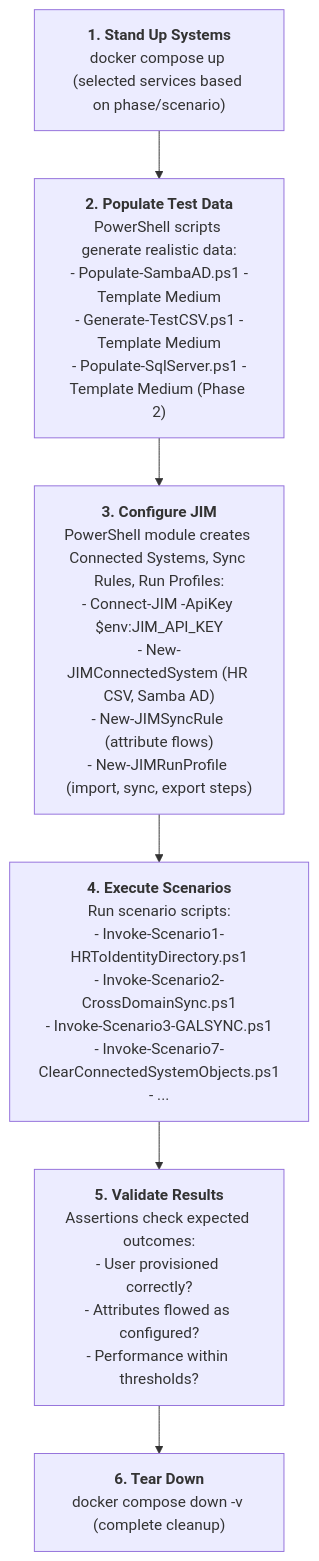
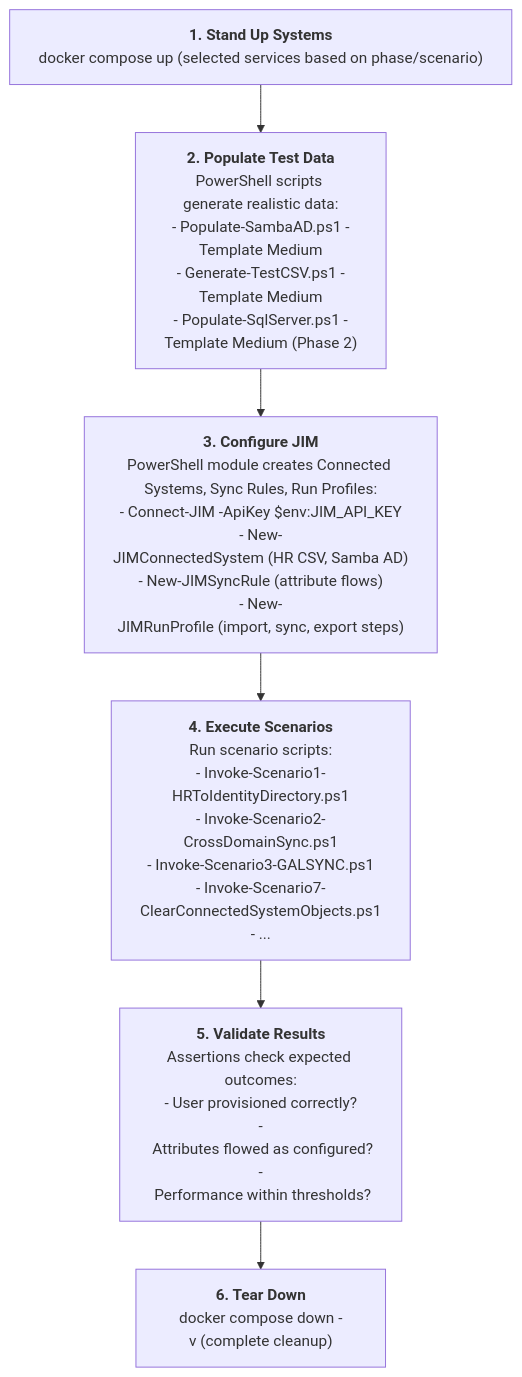
Before and after one commit to TetronIO/JIM: the fourth of 4 diagrams in engineering/INTEGRATION_TESTING.md, drawn with Mermaid. The commit also changed other lines of this file, not shown here.

````diff
--- a/engineering/INTEGRATION_TESTING.md
+++ b/engineering/INTEGRATION_TESTING.md
@@ -372,10 +383,10 @@
 ```mermaid
 flowchart TD
-    A["<b>1. Stand Up Systems</b><br/>docker compose up (selected services based on phase/scenario)"]
-    B["<b>2. Populate Test Data</b><br/>PowerShell scripts generate realistic data:<br/>- Populate-SambaAD.ps1 -Template Medium<br/>- Generate-TestCSV.ps1 -Template Medium<br/>- Populate-SqlServer.ps1 -Template Medium (Phase 2)"]
-    C["<b>3. Configure JIM</b><br/>PowerShell module creates Connected Systems, Sync Rules, Run Profiles:<br/>- Connect-JIM -ApiKey $env:JIM_API_KEY<br/>- New-JIMConnectedSystem (HR CSV, Samba AD)<br/>- New-JIMSyncRule (attribute flows)<br/>- New-JIMRunProfile (import, sync, export steps)"]
-    D["<b>4. Execute Scenarios</b><br/>Run scenario scripts:<br/>- Invoke-Scenario1-HRToIdentityDirectory.ps1<br/>- Invoke-Scenario2-CrossDomainSync.ps1<br/>- Invoke-Scenario3-GALSYNC.ps1<br/>- Invoke-Scenario7-ClearConnectedSystemObjects.ps1<br/>- ..."]
-    E["<b>5. Validate Results</b><br/>Assertions check expected outcomes:<br/>- User provisioned correctly?<br/>- Attributes flowed as configured?<br/>- Performance within thresholds?"]
-    F["<b>6. Tear Down</b><br/>docker compose down -v (complete cleanup)"]
+    A["<b>1. Stand Up Systems</b><br/>docker&nbsp;compose&nbsp;up&nbsp;(selected&nbsp;services&nbsp;based&nbsp;on&nbsp;phase/scenario)"]
+    B["<b>2. Populate Test Data</b><br/>PowerShell scripts generate realistic data:<br/>-&nbsp;Populate-SambaAD.ps1&nbsp;-Template&nbsp;Medium<br/>-&nbsp;Generate-TestCSV.ps1&nbsp;-Template&nbsp;Medium<br/>-&nbsp;Populate-SqlServer.ps1&nbsp;-Template&nbsp;Medium&nbsp;(Phase&nbsp;2)"]
+    C["<b>3. Configure JIM</b><br/>PowerShell module creates Connected Systems, Sync Rules, Run Profiles:<br/>-&nbsp;Connect-JIM&nbsp;-ApiKey&nbsp;$env:JIM_API_KEY<br/>-&nbsp;New-JIMConnectedSystem&nbsp;(HR&nbsp;CSV,&nbsp;Samba&nbsp;AD)<br/>-&nbsp;New-JIMSyncRule&nbsp;(attribute&nbsp;flows)<br/>-&nbsp;New-JIMRunProfile&nbsp;(import,&nbsp;sync,&nbsp;export&nbsp;steps)"]
+    D["<b>4. Execute Scenarios</b><br/>Run scenario scripts:<br/>-&nbsp;Invoke-Scenario1-HRToIdentityDirectory.ps1<br/>-&nbsp;Invoke-Scenario2-CrossDomainSync.ps1<br/>-&nbsp;Invoke-Scenario3-GALSYNC.ps1<br/>-&nbsp;Invoke-Scenario7-ClearConnectedSystemObjects.ps1<br/>-&nbsp;..."]
+    E["<b>5. Validate Results</b><br/>Assertions check expected outcomes:<br/>-&nbsp;User&nbsp;provisioned&nbsp;correctly?<br/>-&nbsp;Attributes&nbsp;flowed&nbsp;as&nbsp;configured?<br/>-&nbsp;Performance&nbsp;within&nbsp;thresholds?"]
+    F["<b>6. Tear Down</b><br/>docker&nbsp;compose&nbsp;down&nbsp;-v&nbsp;(complete&nbsp;cleanup)"]
     A --> B --> C --> D --> E --> F
 ```
````
